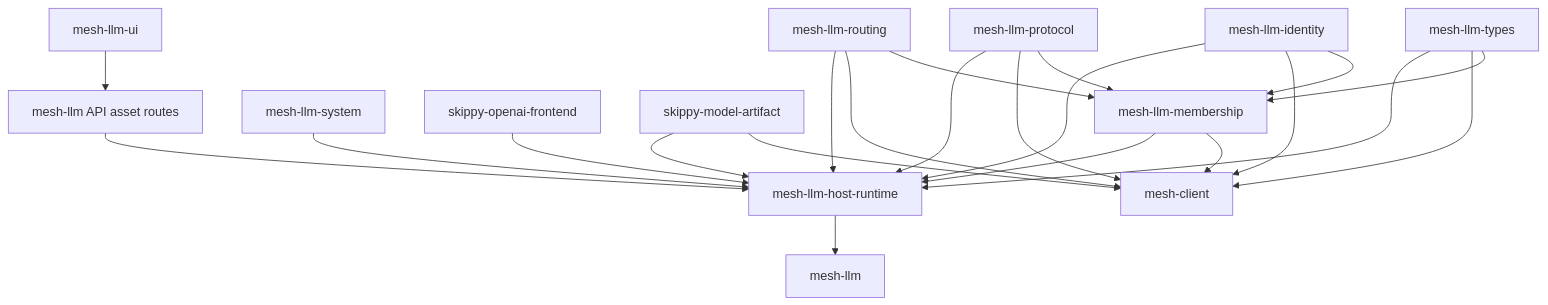
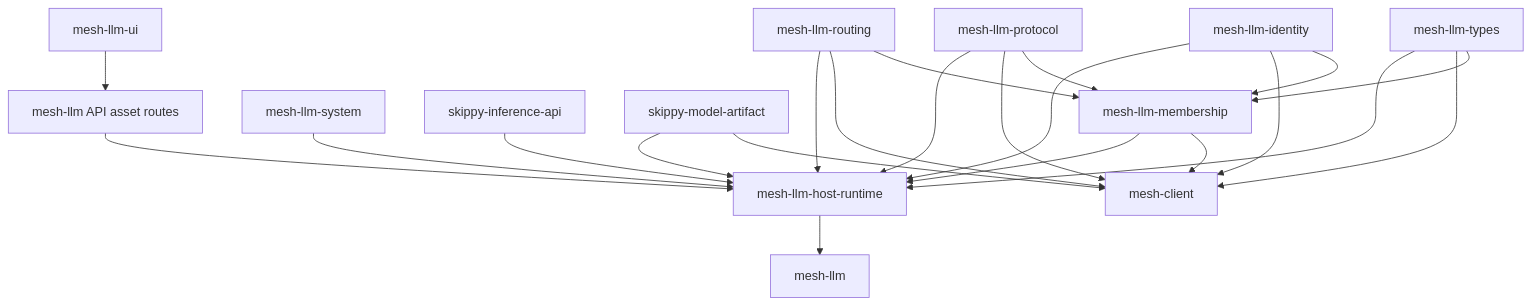
Before and after one commit to 76287298092/mesh-llm: the first of 2 diagrams in mesh/docs/design/CRATE_DECOMPOSITION.md, drawn with Mermaid. The commit also changed other lines of this file and 200 other files, not shown here.

Commit message:
refactor(skippy): rename frontend crate to inference API

````diff
--- a/mesh/docs/design/CRATE_DECOMPOSITION.md
+++ b/mesh/docs/design/CRATE_DECOMPOSITION.md
@@ -52,38 +52,38 @@
 ```mermaid
 flowchart TD
     types["mesh-llm-types"]
     client["mesh-client"]
     identity["mesh-llm-identity"]
     membership["mesh-llm-membership"]
     host_runtime["mesh-llm-host-runtime"]
     app["mesh-llm"]
     system["mesh-llm-system"]
     protocol["mesh-llm-protocol"]
     routing["mesh-llm-routing"]
-    openai["skippy-openai-frontend"]
+    openai["skippy-inference-api"]
     artifact["skippy-model-artifact"]
     ui["mesh-llm-ui"]
     api_assets["mesh-llm API asset routes"]
 
     types --> membership
     identity --> membership
     protocol --> membership
     routing --> membership
     membership --> client
     membership --> host_runtime
     types --> client
     types --> host_runtime
     identity --> client
     identity --> host_runtime
     protocol --> client
     protocol --> host_runtime
     routing --> client
     routing --> host_runtime
     system --> host_runtime
     openai --> host_runtime
     artifact --> client
     artifact --> host_runtime
     ui --> api_assets
     api_assets --> host_runtime
     host_runtime --> app
 ```
````
